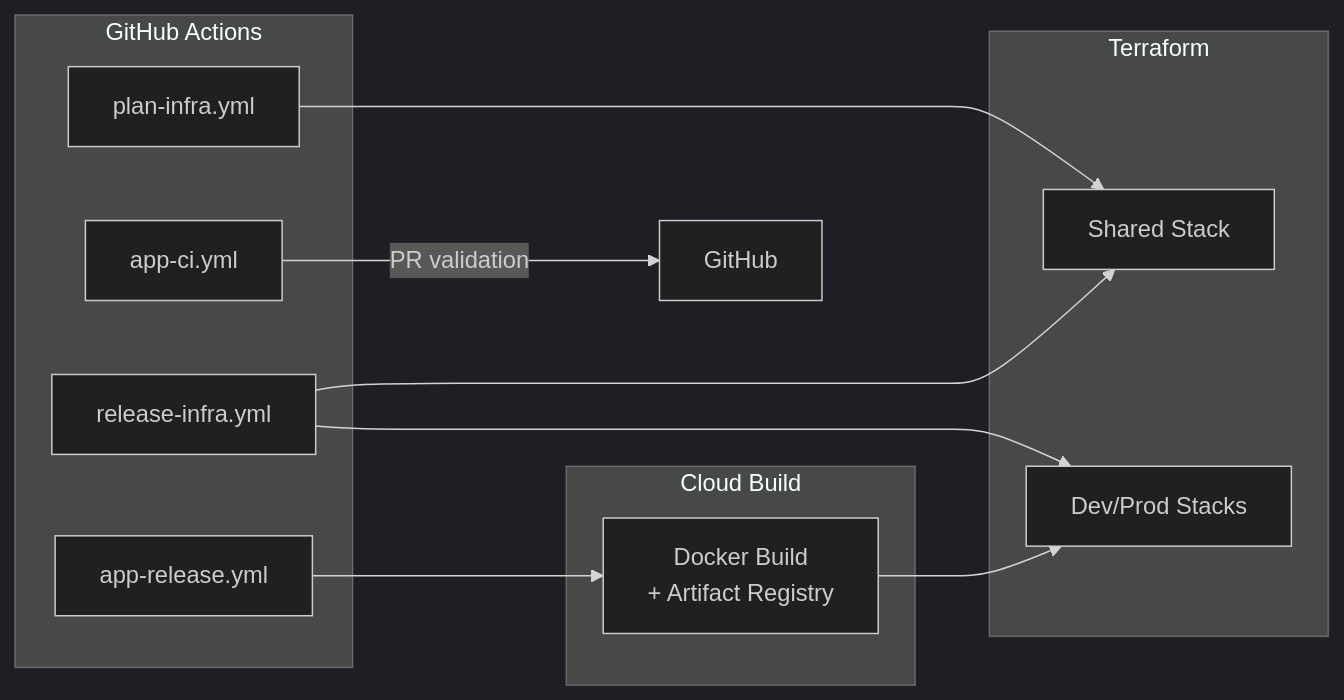
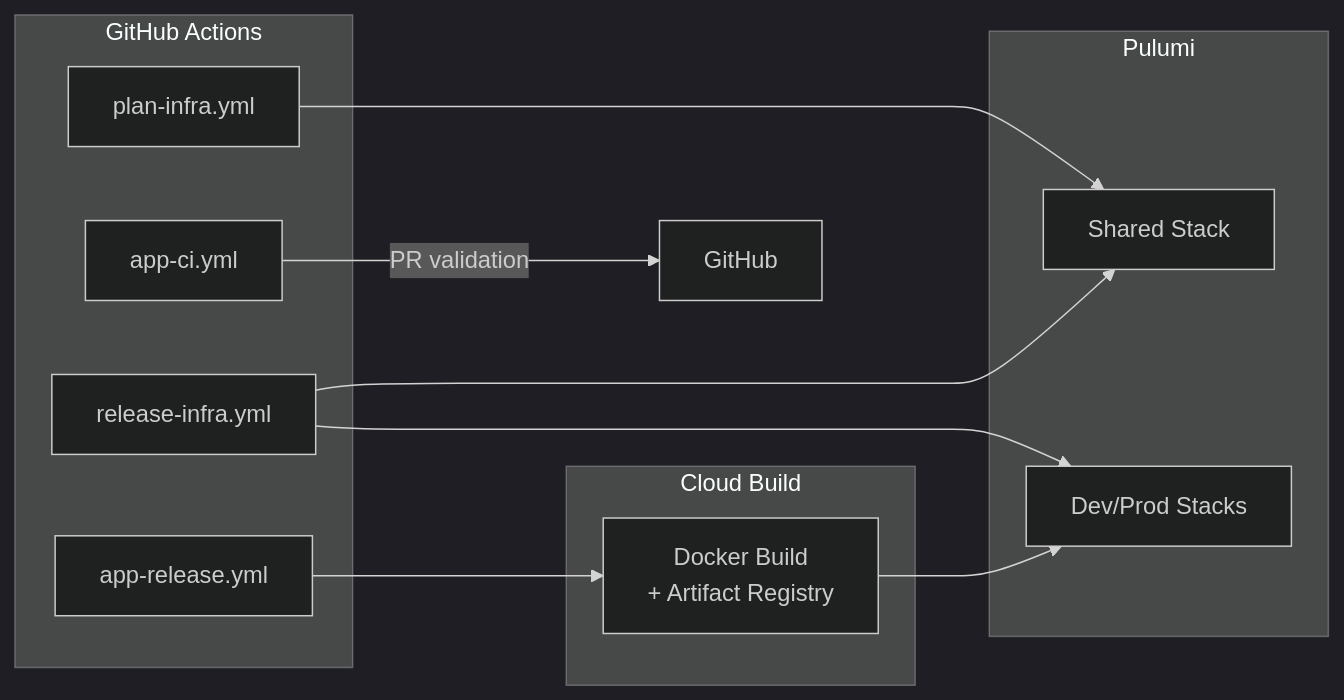
Before and after one commit to koborin-ai/site: the second of 2 diagrams in README.md, drawn with Mermaid (dark theme). The commit also changed other lines of this file and 34 other files, not shown here.

````diff
--- a/README.md
+++ b/README.md
@@ -119,24 +119,24 @@
 ```mermaid
 flowchart LR
     subgraph GitHub Actions
         planInfra[plan-infra.yml]
         releaseInfra[release-infra.yml]
         appCI[app-ci.yml]
         appRelease[app-release.yml]
     end
 
     subgraph Cloud Build
         buildApp[Docker Build\n+ Artifact Registry]
     end
 
-    subgraph Terraform
+    subgraph Pulumi
         sharedStack[Shared Stack]
         envStacks[Dev/Prod Stacks]
     end
 
     planInfra --> sharedStack
     releaseInfra --> sharedStack
     releaseInfra --> envStacks
     appCI -->|PR validation| GitHub
     appRelease --> buildApp --> envStacks
 ```
````
